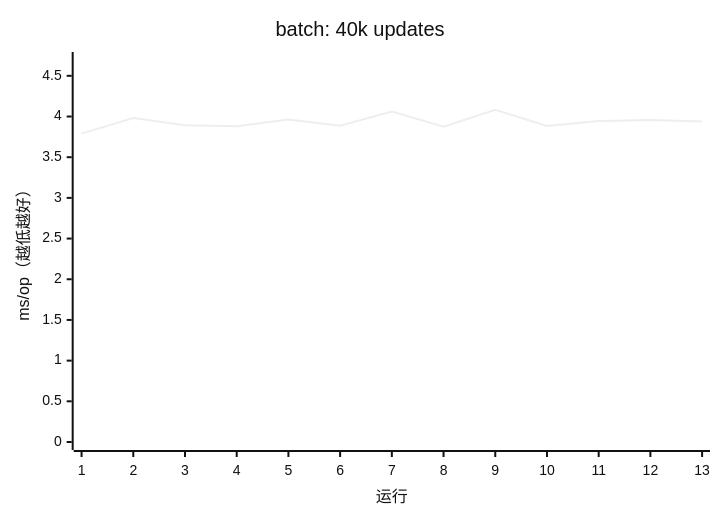
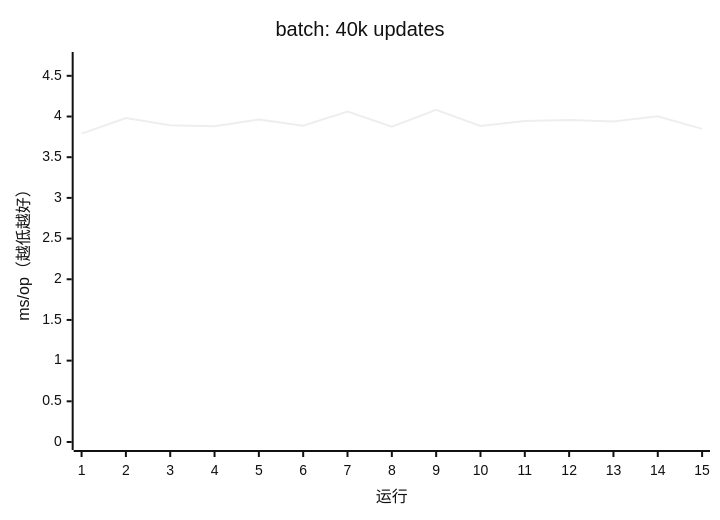
Diagram 17 of 17 in apps/docs/src/content/docs/guides/benchmark.mdx (AIluffy/io), drawn with Mermaid (neutral theme) before and after one commit. The commit also changed other lines of this file and 7 other files, not shown here.

````diff
--- a/apps/docs/src/content/docs/guides/benchmark.mdx
+++ b/apps/docs/src/content/docs/guides/benchmark.mdx
@@ -403,7 +419,7 @@
 ```mermaid
 xychart-beta
   title "batch: 40k updates"
-  x-axis "运行" [1, 2, 3, 4, 5, 6, 7, 8, 9, 10, 11, 12, 13]
+  x-axis "运行" [1, 2, 3, 4, 5, 6, 7, 8, 9, 10, 11, 12, 13, 14, 15]
   y-axis "ms/op（越低越好）" 0 --> 4.6945
-  line [3.7899, 3.981, 3.8937, 3.8797, 3.9636, 3.8868, 4.0624, 3.8737, 4.0822, 3.883, 3.9448, 3.958, 3.9387]
+  line [3.7899, 3.981, 3.8937, 3.8797, 3.9636, 3.8868, 4.0624, 3.8737, 4.0822, 3.883, 3.9448, 3.958, 3.9387, 4.0018, 3.8479]
 ```
````
